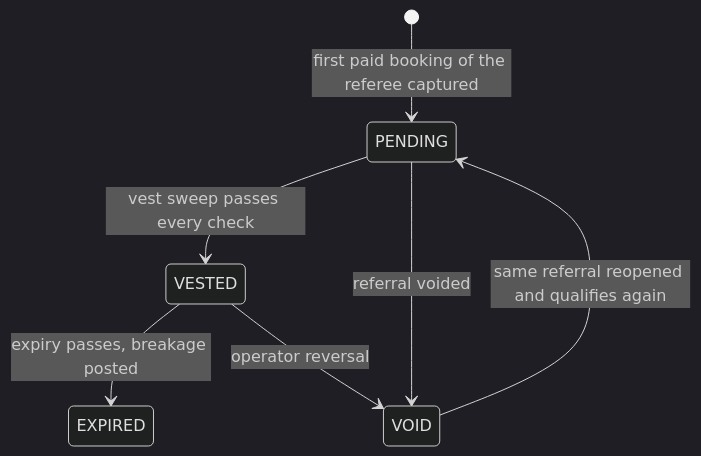
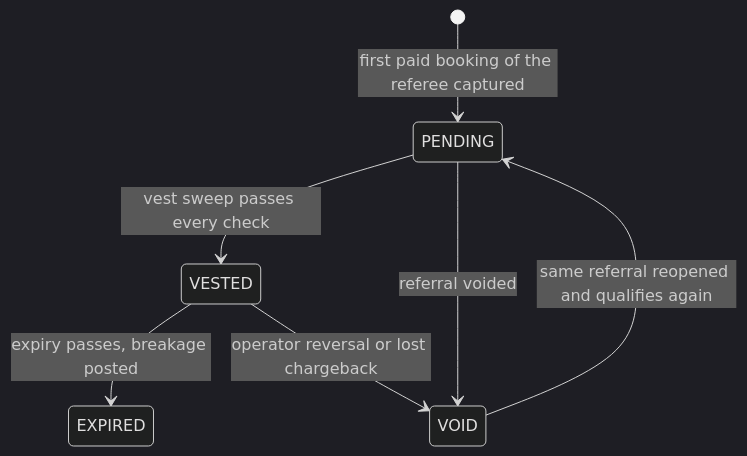
The diagram in docs/finance/20-ledger/07-referral-credits.md (Practitionist/familiarise_web), drawn with Mermaid (dark theme) before and after one commit. The commit also changed other lines of this file and 7 other files, not shown here.

````diff
--- a/docs/finance/20-ledger/07-referral-credits.md
+++ b/docs/finance/20-ledger/07-referral-credits.md
@@ -21,9 +21,9 @@
 ```mermaid
 stateDiagram-v2
   [*] --> PENDING: first paid booking of the referee captured
   PENDING --> VESTED: vest sweep passes every check
   PENDING --> VOID: referral voided
   VOID --> PENDING: same referral reopened and qualifies again
   VESTED --> EXPIRED: expiry passes, breakage posted
-  VESTED --> VOID: operator reversal
+  VESTED --> VOID: operator reversal or lost chargeback
 ```
````
